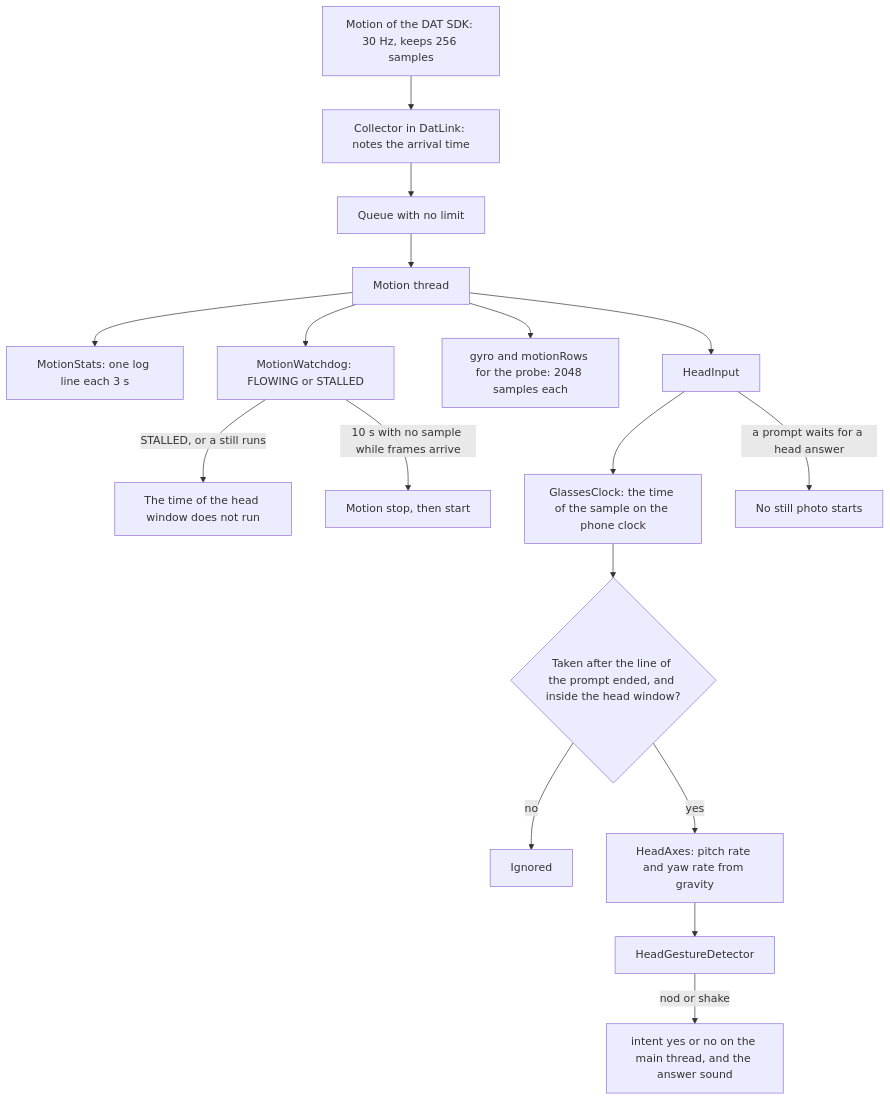
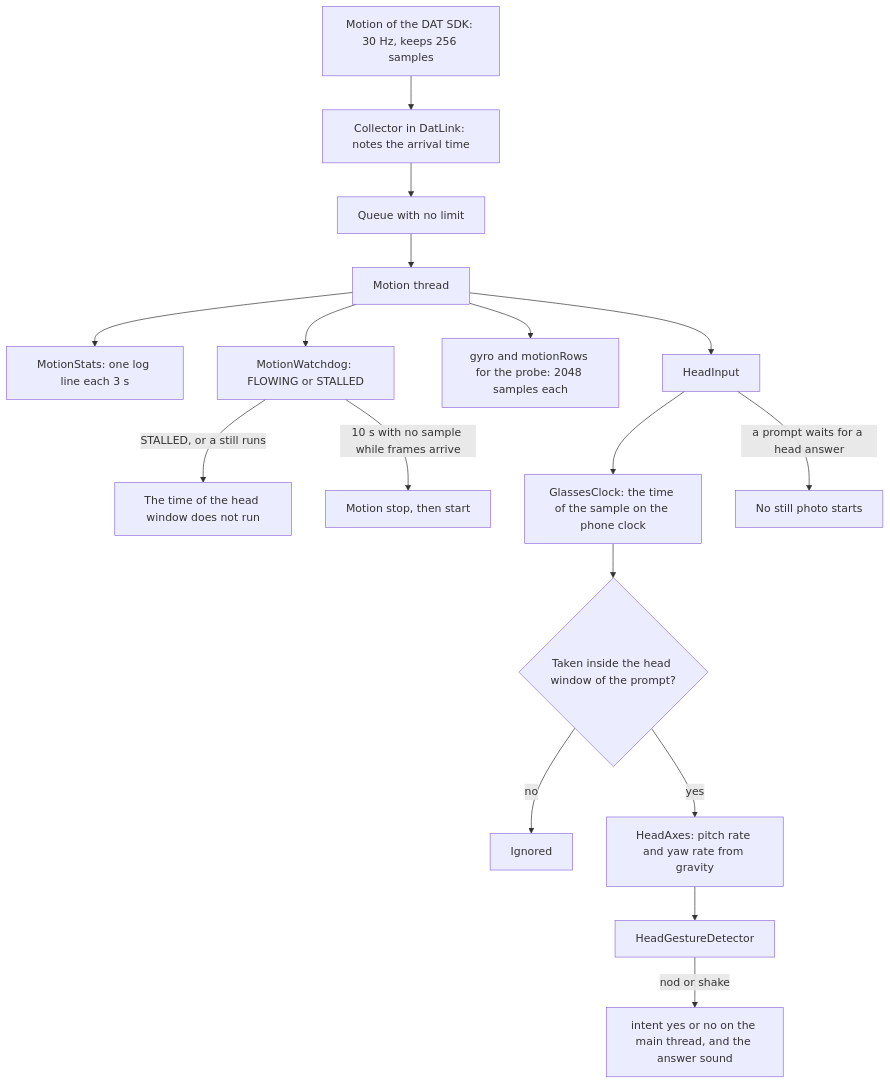
The fifth of 7 diagrams in apps/mobile/android/README.md (mrBymax/glance), drawn with Mermaid before and after one commit. The commit also changed other lines of this file and 8 other files, not shown here.

First line of the commit message:
feat(android): take a nod while the line of a product prompt plays

````diff
--- a/apps/mobile/android/README.md
+++ b/apps/mobile/android/README.md
@@ -312,19 +313,19 @@
 ```mermaid
 flowchart TD
     Sdk[Motion of the DAT SDK: 30 Hz, keeps 256 samples] --> Collector[Collector in DatLink: notes the arrival time]
     Collector --> Queue[Queue with no limit]
     Queue --> Thread[Motion thread]
     Thread --> Stats[MotionStats: one log line each 3 s]
     Thread --> Dog[MotionWatchdog: FLOWING or STALLED]
     Thread --> Flows[gyro and motionRows for the probe: 2048 samples each]
     Thread --> Head[HeadInput]
     Head --> Clock[GlassesClock: the time of the sample on the phone clock]
-    Clock --> Window{Taken after the line of the prompt ended, and inside the head window?}
+    Clock --> Window{Taken inside the head window of the prompt?}
     Window -- no --> Ignored[Ignored]
     Window -- yes --> Axes[HeadAxes: pitch rate and yaw rate from gravity]
     Axes --> Detector[HeadGestureDetector]
     Detector -- nod or shake --> Answer[intent yes or no on the main thread, and the answer sound]
     Dog -- STALLED, or a still runs --> Pause[The time of the head window does not run]
     Dog -- 10 s with no sample while frames arrive --> Restart[Motion stop, then start]
     Head -- a prompt waits for a head answer --> Hold[No still photo starts]
 ```
````
